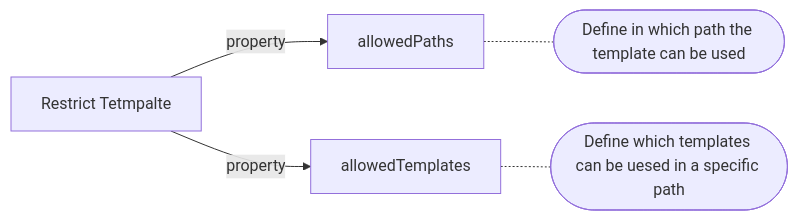
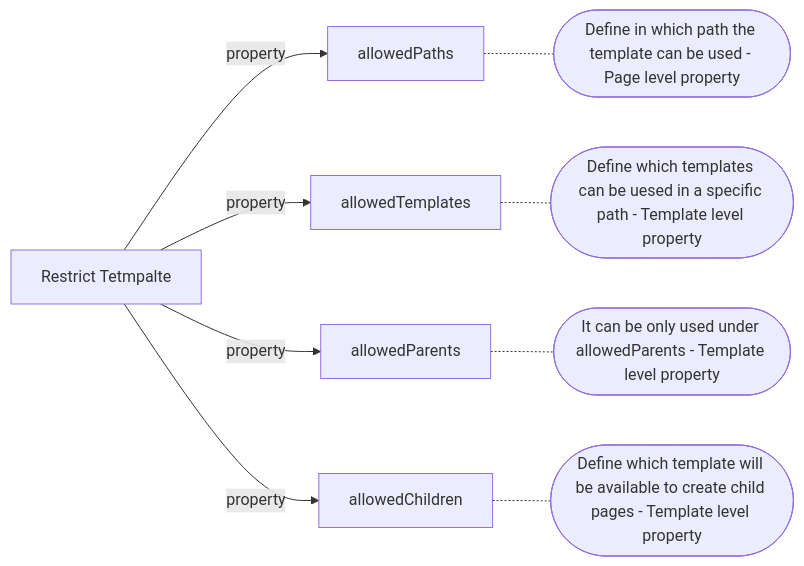
Before and after one commit to Xiong1028/LearningBase: the second of 4 diagrams in docs/adobe/aem/sites/template.md, drawn with Mermaid. The commit also changed other lines of this file and 15 other files, not shown here.

````diff
--- a/docs/adobe/aem/sites/template.md
+++ b/docs/adobe/aem/sites/template.md
@@ -17,7 +20,9 @@
 ```mermaid
 	flowchart LR
-	a[Restrict Tetmpalte] --property--> b[allowedPaths] & c[allowedTemplates]
-	b -.- d([Define in which path the template can be used])
-	c -.- e([Define which templates can be uesed in a specific path])
+	a[Restrict Tetmpalte] --property--> b[allowedPaths] & c[allowedTemplates] & f[allowedParents] & g[allowedChildren]
+	b -.- d([Define in which path the template can be used - Page level property])
+	c -.- e([Define which templates can be uesed in a specific path - Template level property])
+	f -.- f1([It can be only used under allowedParents - Template level property])
+	g -.- g1([Define which template will be available to create child pages - Template level property])
 
 ```
````
